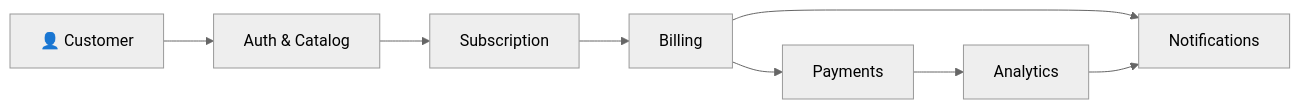
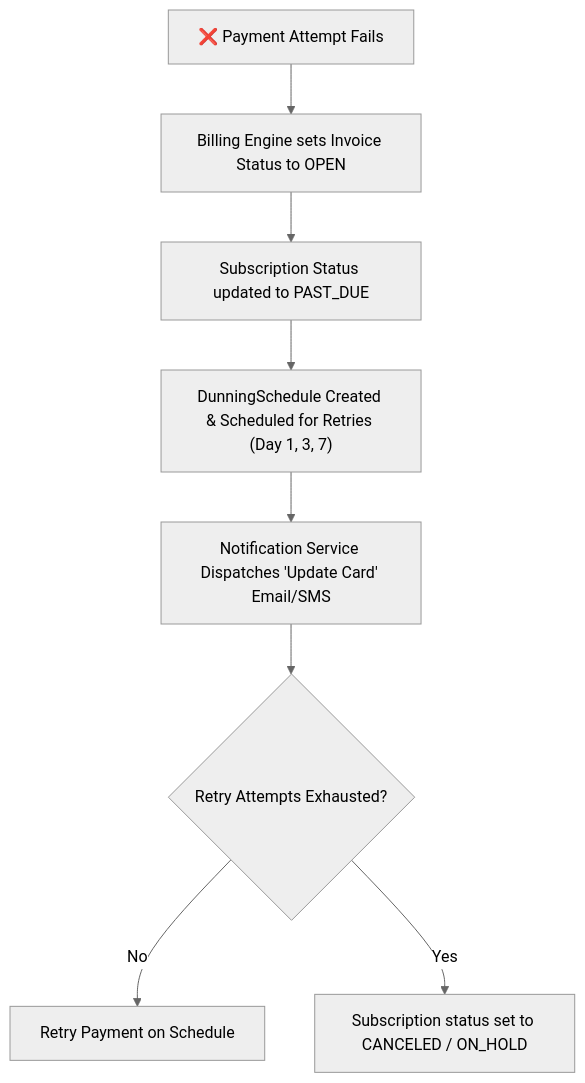
The third of 4 diagrams in README.md (Priyank-0401/StreamFlixApp), drawn with Mermaid (neutral theme) before and after one commit. The commit also changed other lines of this file, not shown here.

````diff
--- a/README.md
+++ b/README.md
@@ -141,10 +79,10 @@
 ```mermaid
-graph LR
-    A["👤 Customer"] --> B["Auth & Catalog"]
-    B --> C["Subscription"]
-    C --> D["Billing"]
-    D --> E["Payments"]
-    E --> F["Analytics"]
-    D --> G["Notifications"]
-    F --> G
+graph TD
+    A["❌ Payment Attempt Fails"] --> B["Billing Engine sets Invoice Status to OPEN"]
+    B --> C["Subscription Status updated to PAST_DUE"]
+    C --> D["DunningSchedule Created & Scheduled for Retries (Day 1, 3, 7)"]
+    D --> E["Notification Service Dispatches 'Update Card' Email/SMS"]
+    E --> F{"Retry Attempts Exhausted?"}
+    F -->|No| G["Retry Payment on Schedule"]
+    F -->|Yes| H["Subscription status set to CANCELED / ON_HOLD"]
 ```
````
